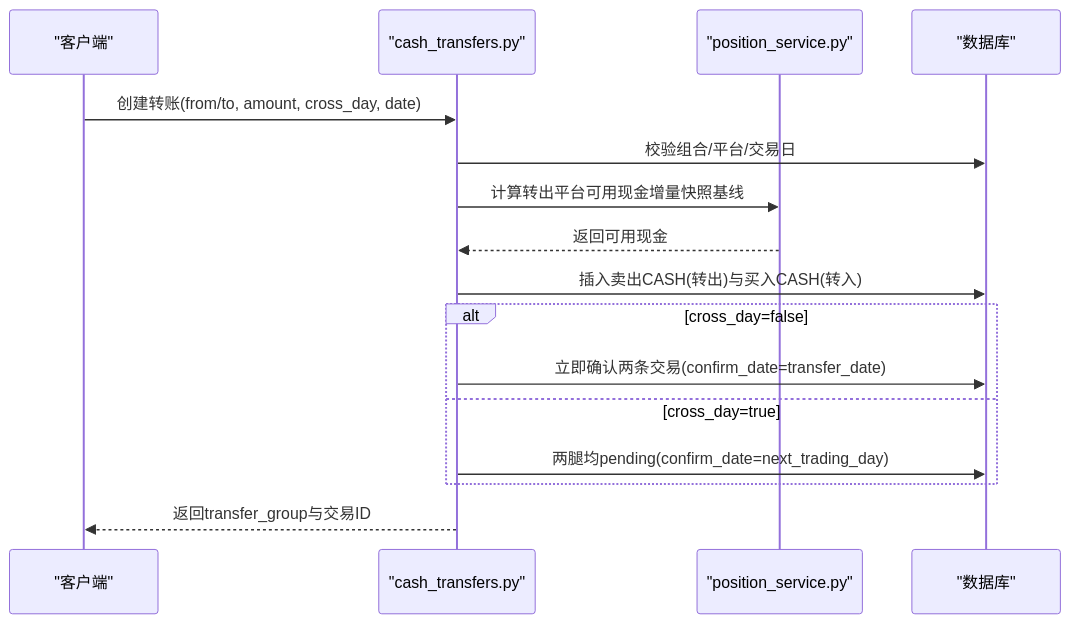
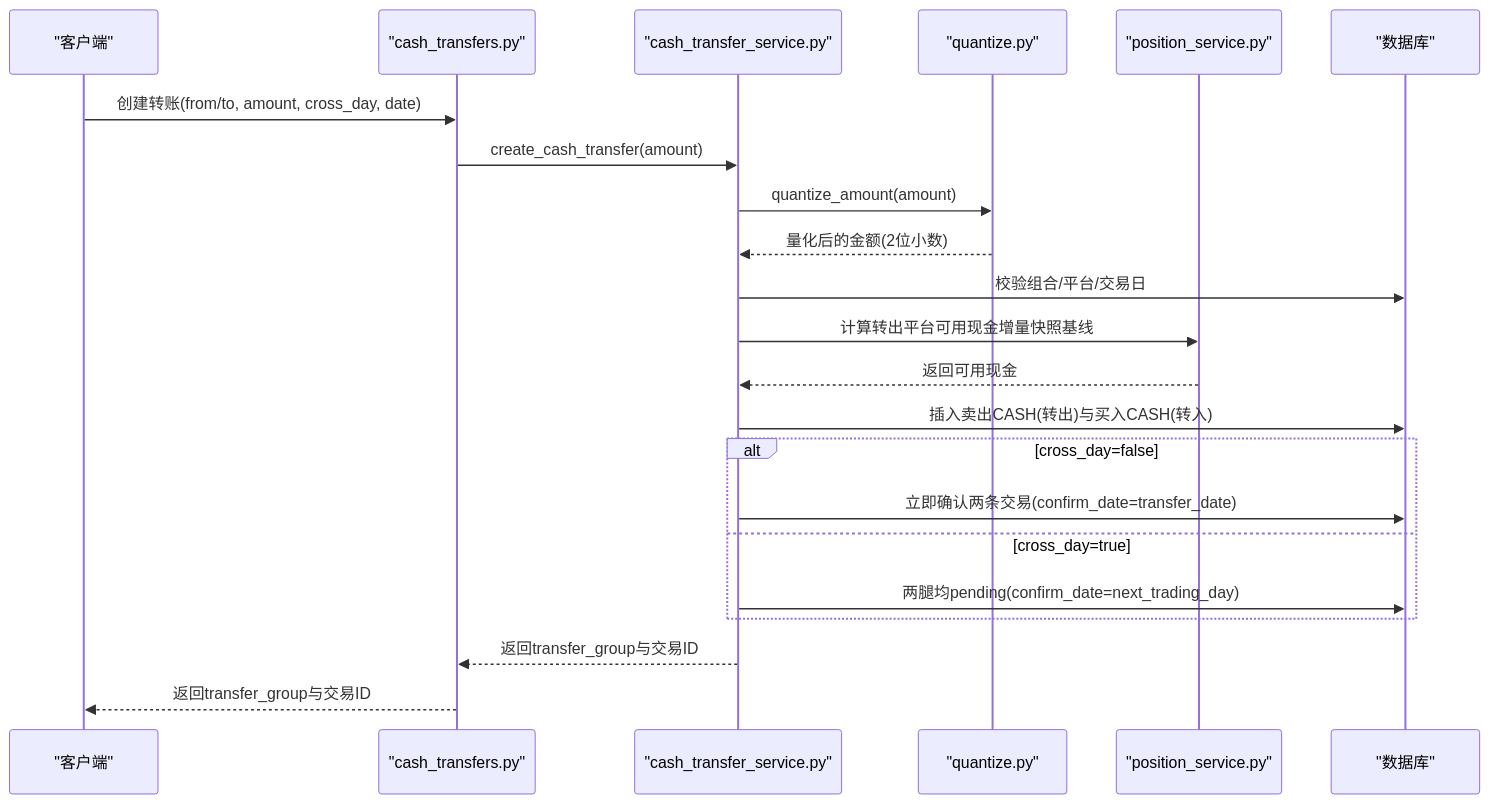
Before and after one commit to gujialind/InvestRing: the eighth of 9 diagrams in .qoder/repowiki/zh/content/核心业务功能/平台间现金转移系统.md, drawn with Mermaid. The commit also changed other lines of this file and 65 other files, not shown here.

````diff
--- a/.qoder/repowiki/zh/content/核心业务功能/平台间现金转移系统.md
+++ b/.qoder/repowiki/zh/content/核心业务功能/平台间现金转移系统.md
@@ -338,18 +375,24 @@
 ```mermaid
 sequenceDiagram
 participant Client as "客户端"
 participant Router as "cash_transfers.py"
+participant Service as "cash_transfer_service.py"
+participant Quantizer as "quantize.py"
 participant PosSvc as "position_service.py"
 participant DB as "数据库"
 Client->>Router : 创建转账(from/to, amount, cross_day, date)
-Router->>DB : 校验组合/平台/交易日
-Router->>PosSvc : 计算转出平台可用现金增量快照基线
-PosSvc-->>Router : 返回可用现金
-Router->>DB : 插入卖出CASH(转出)与买入CASH(转入)
+Router->>Service : create_cash_transfer(amount)
+Service->>Quantizer : quantize_amount(amount)
+Quantizer-->>Service : 量化后的金额(2位小数)
+Service->>DB : 校验组合/平台/交易日
+Service->>PosSvc : 计算转出平台可用现金增量快照基线
+PosSvc-->>Service : 返回可用现金
+Service->>DB : 插入卖出CASH(转出)与买入CASH(转入)
 alt cross_day=false
-Router->>DB : 立即确认两条交易(confirm_date=transfer_date)
+Service->>DB : 立即确认两条交易(confirm_date=transfer_date)
 else cross_day=true
-Router->>DB : 两腿均pending(confirm_date=next_trading_day)
+Service->>DB : 两腿均pending(confirm_date=next_trading_day)
 end
+Service-->>Router : 返回transfer_group与交易ID
 Router-->>Client : 返回transfer_group与交易ID
 ```
````
